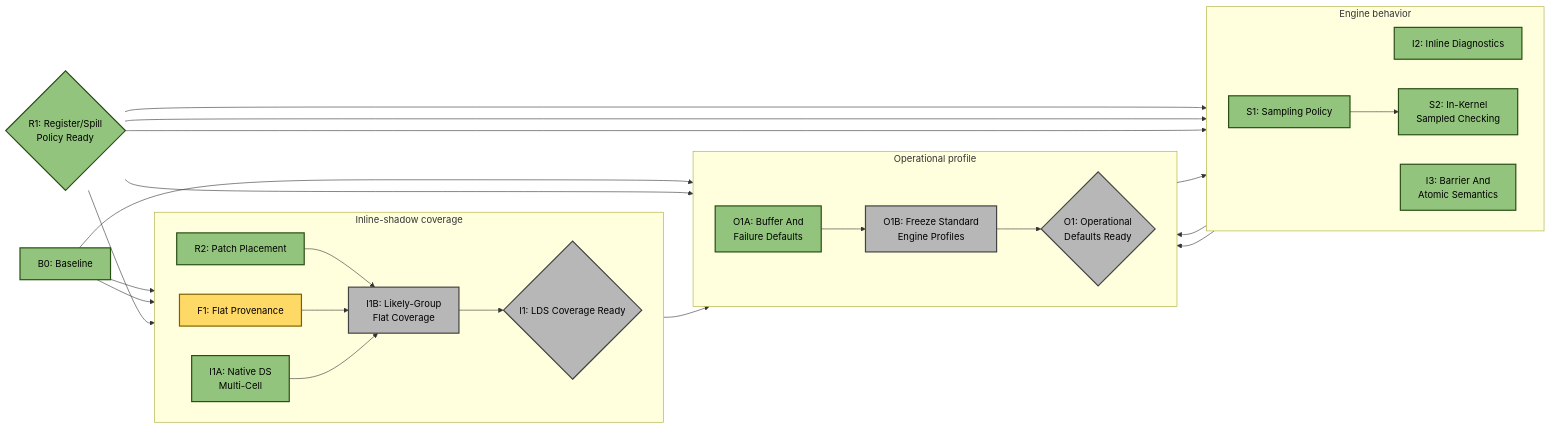
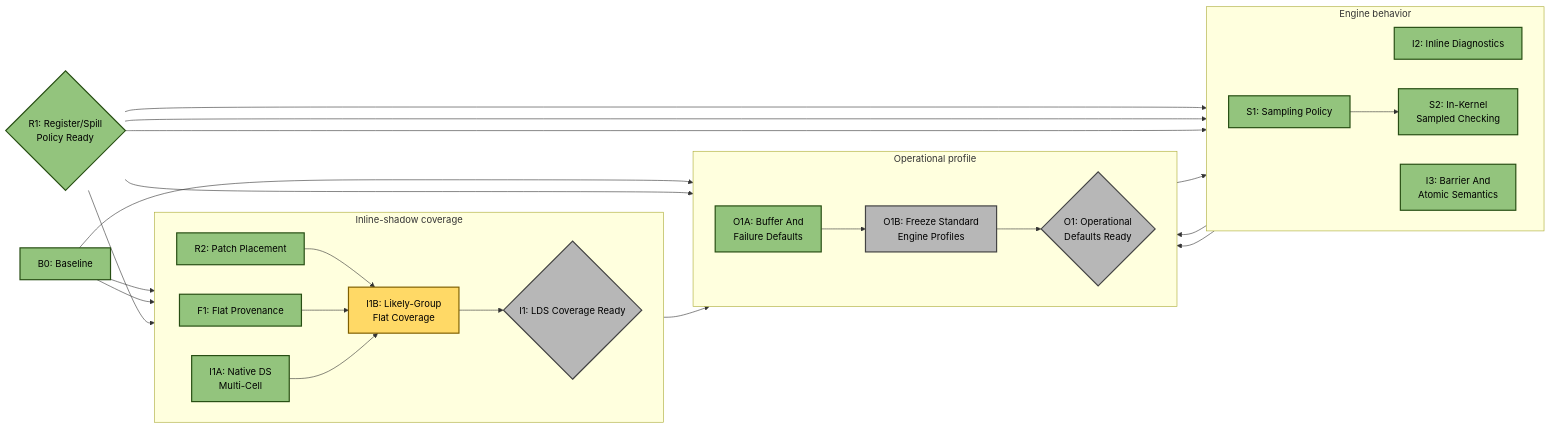
One commit to ROCm/rocm-systems changed the second of 4 diagrams in emulation/rocjitsu/docs/consan/PLAN.md. Above: the diagram before and after it, drawn with Mermaid. The commit also changed other lines of this file and 8 other files, not shown here.

Commit message:
Harden flat provenance policy

````diff
--- a/emulation/rocjitsu/docs/consan/PLAN.md
+++ b/emulation/rocjitsu/docs/consan/PLAN.md
@@ -120,56 +120,56 @@
 ```mermaid
 flowchart LR
   B0["B0: Baseline"]:::done
   R1{"R1: Register/Spill<br/>Policy Ready"}:::done
 
   subgraph INLINE["Inline-shadow coverage"]
     direction LR
     R2["R2: Patch Placement"]:::done
-    F1["F1: Flat Provenance"]:::active
+    F1["F1: Flat Provenance"]:::done
     I1A["I1A: Native DS<br/>Multi-Cell"]:::done
-    I1B["I1B: Likely-Group<br/>Flat Coverage"]:::todo
+    I1B["I1B: Likely-Group<br/>Flat Coverage"]:::active
     I1{"I1: LDS Coverage Ready"}:::todo
 
     R2 --> I1B
     F1 --> I1B
     I1A --> I1B
     I1B --> I1
   end
 
   subgraph BEHAVIOR["Engine behavior"]
     direction LR
     I2["I2: Inline Diagnostics"]:::done
     I3["I3: Barrier And<br/>Atomic Semantics"]:::done
     S1["S1: Sampling Policy"]:::done
     S2["S2: In-Kernel<br/>Sampled Checking"]:::done
 
     S1 --> S2
   end
 
   subgraph OPS["Operational profile"]
     direction LR
     O1A["O1A: Buffer And<br/>Failure Defaults"]:::done
     O1B["O1B: Freeze Standard<br/>Engine Profiles"]:::todo
     O1{"O1: Operational<br/>Defaults Ready"}:::todo
 
     O1A --> O1B
     O1B --> O1
   end
 
   B0 --> R2
   B0 --> F1
   B0 --> O1A
   R1 --> I1A
   R1 --> I2
   R1 --> I3
   R1 --> S1
   R1 --> O1B
   O1A --> I2
   I1 --> O1B
   I3 --> O1B
   S1 --> O1B
 
   classDef done fill:#93c47d,stroke:#274e13,stroke-width:2px,color:#000;
   classDef active fill:#ffd966,stroke:#7f6000,stroke-width:2px,color:#000;
   classDef todo fill:#b7b7b7,stroke:#434343,stroke-width:2px,color:#000;
 ```
````
